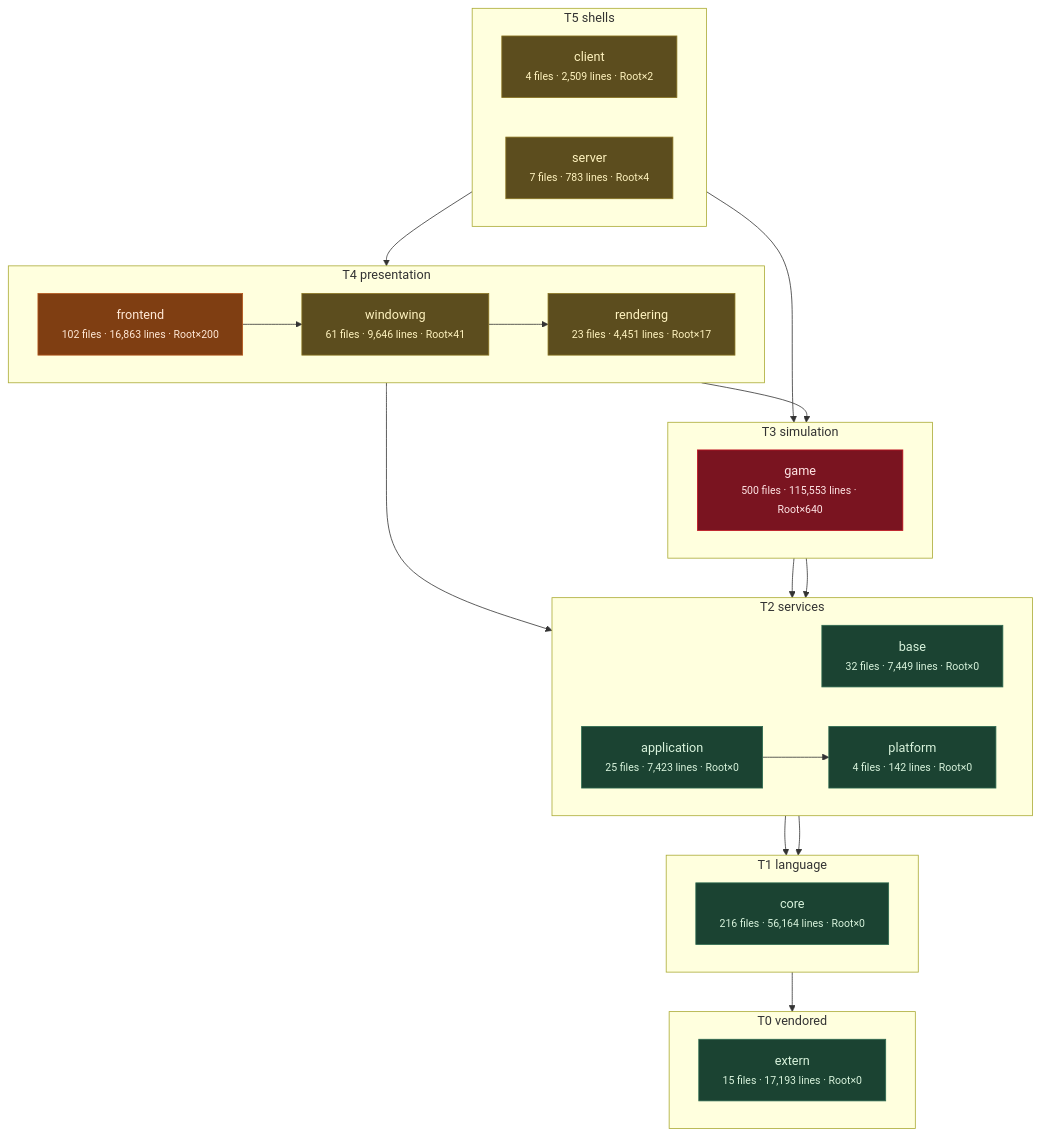
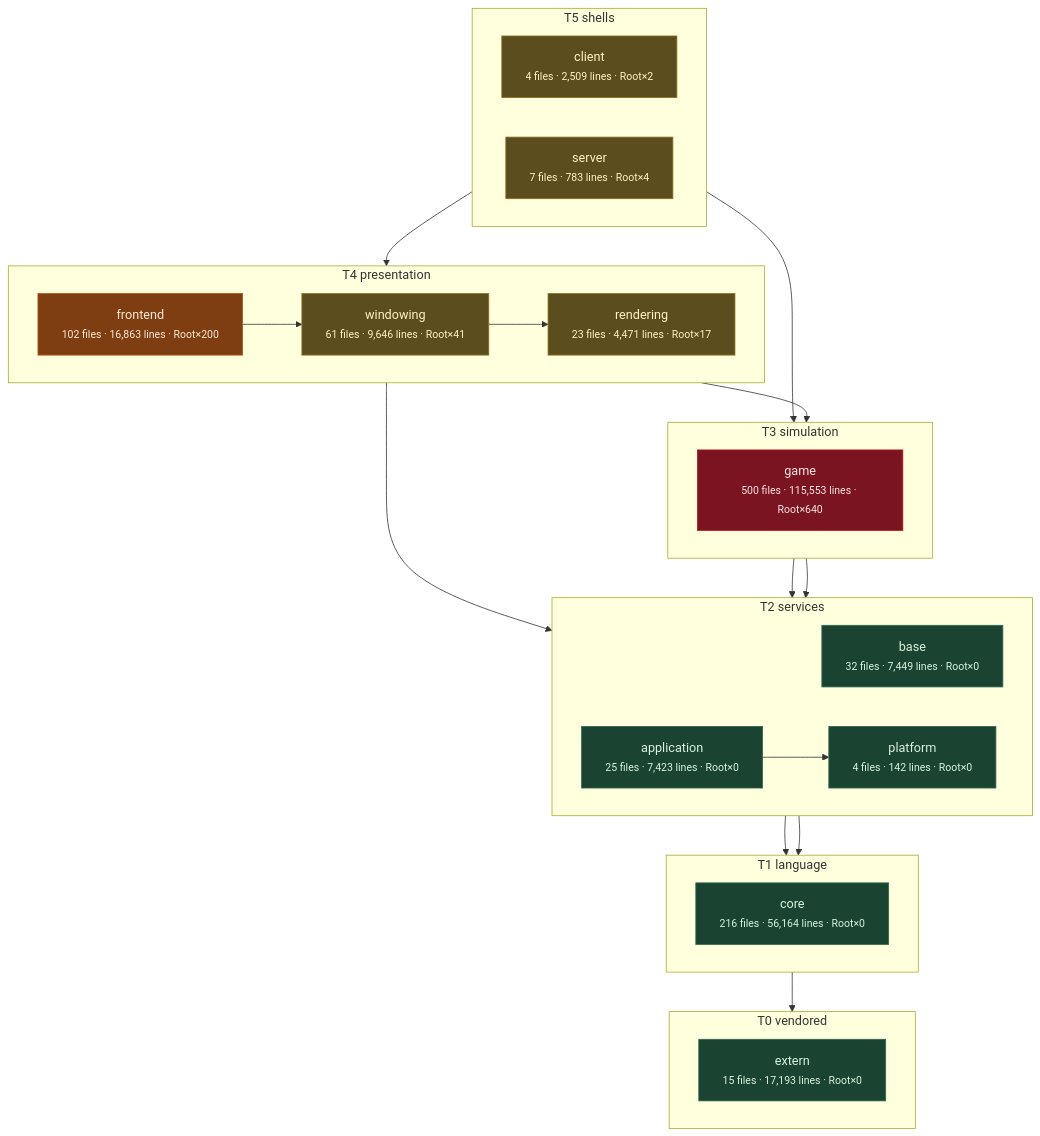
One commit to apnex/OpenStarbound changed the third of 11 diagrams in docs/architecture/system-boundaries.md. Above: the diagram before and after it, drawn with Mermaid. The commit also changed other lines of this file and 1 other file, not shown here.

````diff
--- a/docs/architecture/system-boundaries.md
+++ b/docs/architecture/system-boundaries.md
@@ -270,52 +270,52 @@
 ```mermaid
 flowchart TD
   subgraph T0["T0 vendored"]
     direction LR
     extern["extern<br/><small>15 files · 17,193 lines · Root×0</small>"]
   end
   subgraph T1["T1 language"]
     direction LR
     core["core<br/><small>216 files · 56,164 lines · Root×0</small>"]
   end
   subgraph T2["T2 services"]
     direction LR
     base["base<br/><small>32 files · 7,449 lines · Root×0</small>"]
     platform["platform<br/><small>4 files · 142 lines · Root×0</small>"]
     application["application<br/><small>25 files · 7,423 lines · Root×0</small>"]
   end
   subgraph T3["T3 simulation"]
     direction LR
     game["game<br/><small>500 files · 115,553 lines · Root×640</small>"]
   end
   subgraph T4["T4 presentation"]
     direction LR
-    rendering["rendering<br/><small>23 files · 4,451 lines · Root×17</small>"]
+    rendering["rendering<br/><small>23 files · 4,471 lines · Root×17</small>"]
     windowing["windowing<br/><small>61 files · 9,646 lines · Root×41</small>"]
     frontend["frontend<br/><small>102 files · 16,863 lines · Root×200</small>"]
   end
   subgraph T5["T5 shells"]
     direction LR
     client["client<br/><small>4 files · 2,509 lines · Root×2</small>"]
     server["server<br/><small>7 files · 783 lines · Root×4</small>"]
   end
   core --> extern
   base --> core
   platform --> core
   application --> platform
   game --> base
   game --> platform
   rendering --> application
   rendering --> game
   windowing --> rendering
   frontend --> windowing
   client --> frontend
   server --> game
   classDef clean fill:#1b4332,stroke:#2d6a4f,color:#d8f3dc
   classDef warm  fill:#5c4d1e,stroke:#8a7420,color:#fff3bf
   classDef hot   fill:#7f3e12,stroke:#b5561b,color:#ffe8d6
   classDef blaze fill:#7a1420,stroke:#c1121f,color:#ffe5e5
   class extern,core,base,platform,application clean
   class rendering,windowing,client,server warm
   class frontend hot
   class game blaze
 ```
````
